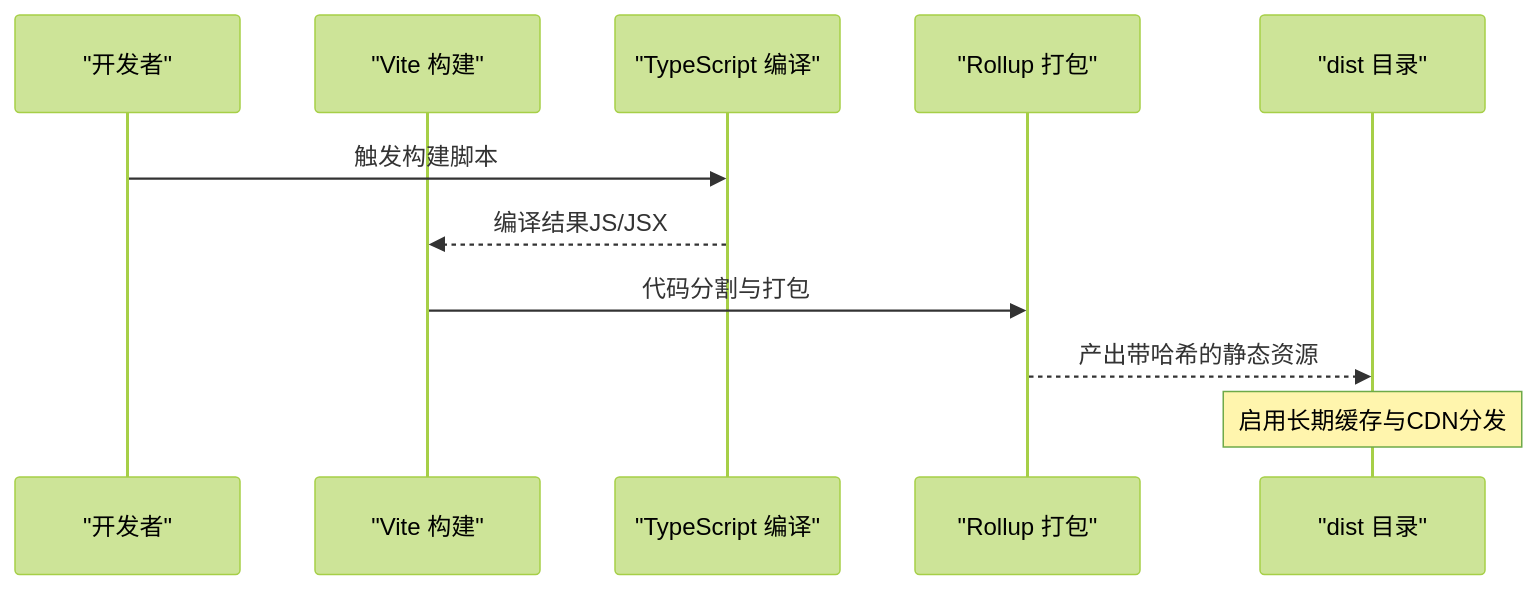
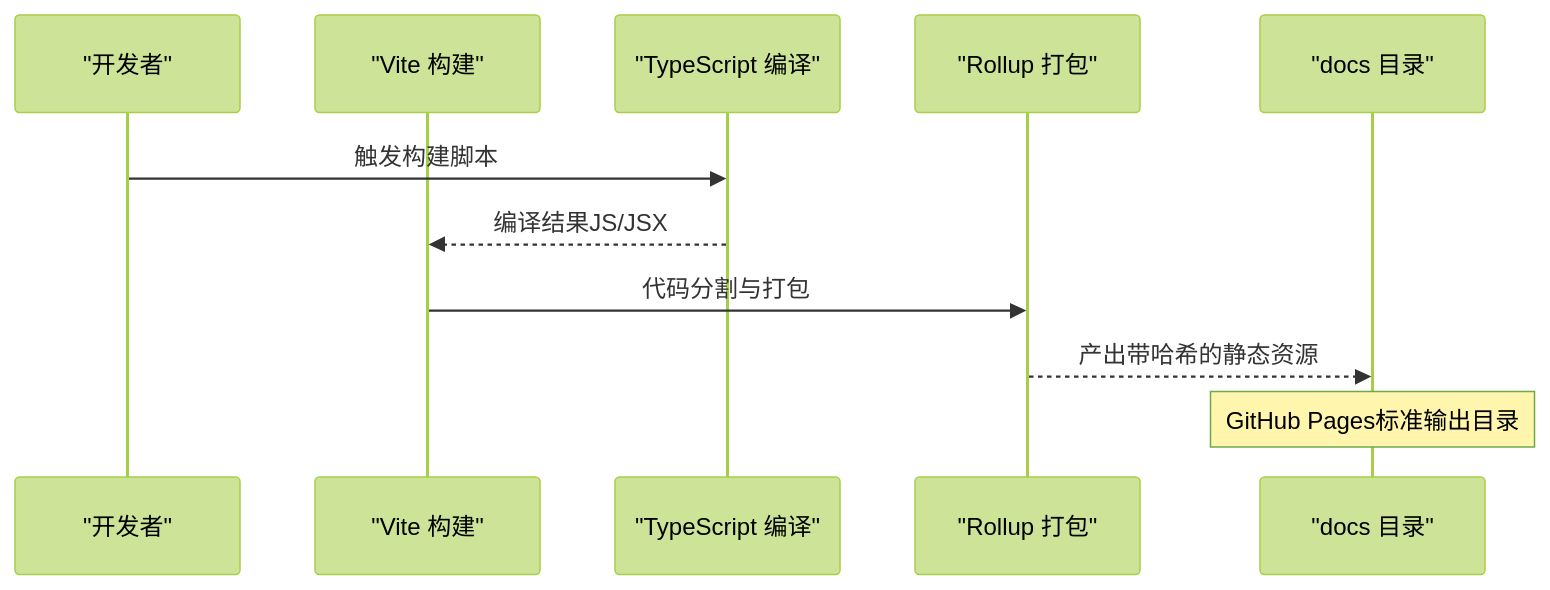
One commit to JadeXusq/qr-generator changed the second of 7 diagrams in .qoder/repowiki/zh/content/部署指南.md. Above: the diagram before and after it, drawn with Mermaid (forest theme). The commit also changed other lines of this file and 5 other files, not shown here.

````diff
--- a/.qoder/repowiki/zh/content/部署指南.md
+++ b/.qoder/repowiki/zh/content/部署指南.md
@@ -94,13 +102,13 @@
 ```mermaid
 sequenceDiagram
 participant Dev as "开发者"
 participant Vite as "Vite 构建"
 participant TS as "TypeScript 编译"
 participant Rollup as "Rollup 打包"
-participant Dist as "dist 目录"
+participant Docs as "docs 目录"
 Dev->>TS : 触发构建脚本
 TS-->>Vite : 编译结果JS/JSX
 Vite->>Rollup : 代码分割与打包
-Rollup-->>Dist : 产出带哈希的静态资源
-Note over Dist : 启用长期缓存与CDN分发
+Rollup-->>Docs : 产出带哈希的静态资源
+Note over Docs : GitHub Pages标准输出目录
 ```
````
